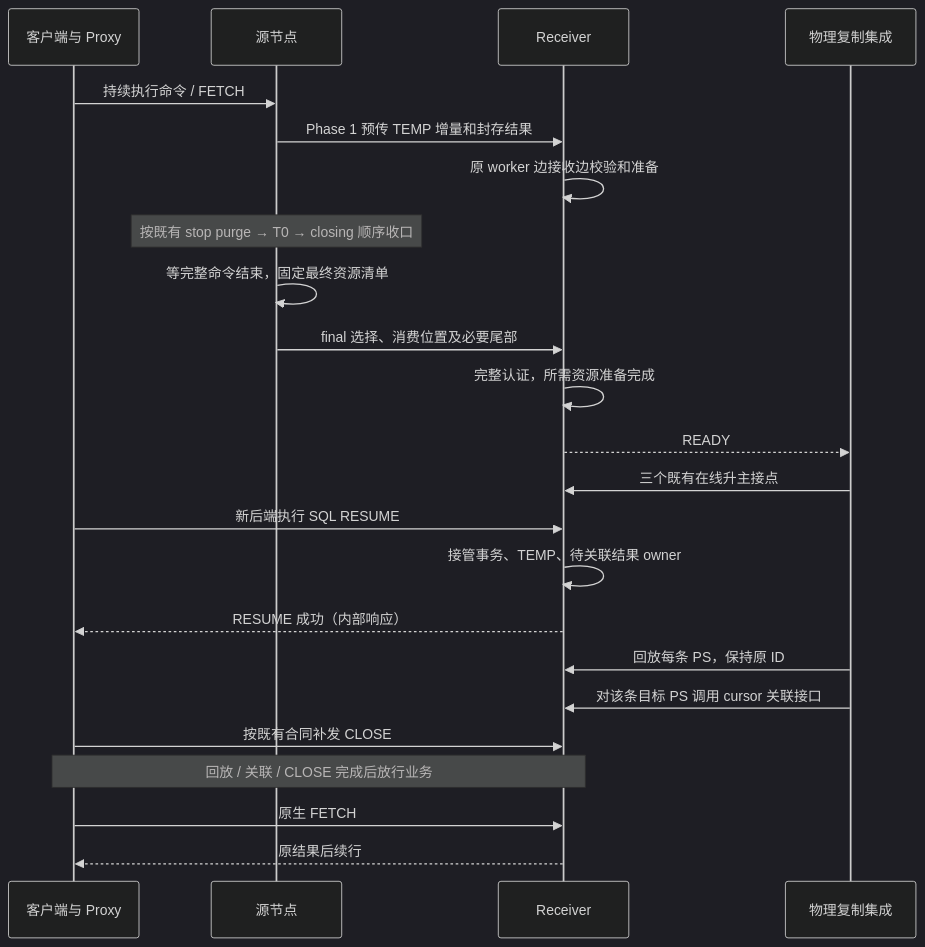
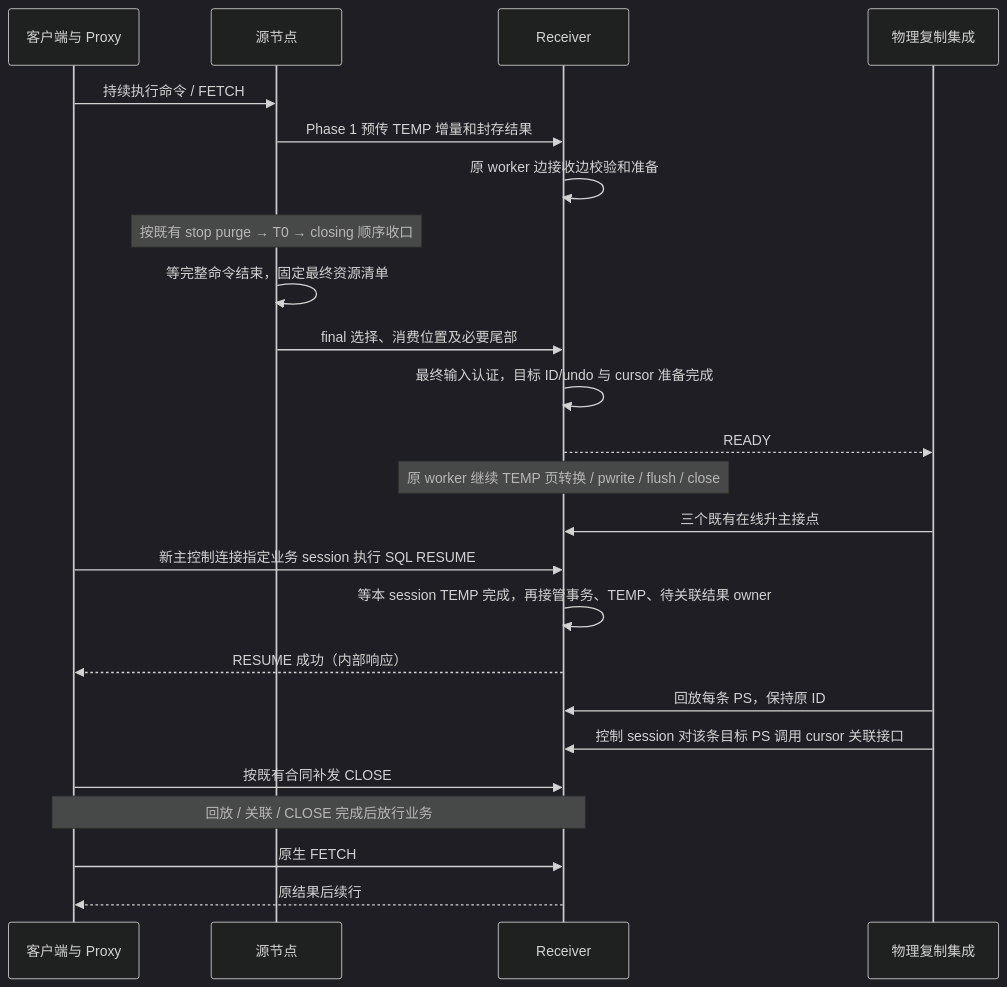
The first of 6 diagrams in design/workshops/temp-table-preserve/detailed-design.md (hongsediguo2025/mysql-server-learn), drawn with Mermaid (dark theme) before and after one commit. The commit also changed other lines of this file and 743 other files, not shown here.

````diff
--- a/design/workshops/temp-table-preserve/detailed-design.md
+++ b/design/workshops/temp-table-preserve/detailed-design.md
@@ -38,25 +53,26 @@
 ```mermaid
 sequenceDiagram
     participant C as 客户端与 Proxy
     participant S as 源节点
     participant R as Receiver
     participant H as 物理复制集成
     C->>S: 持续执行命令 / FETCH
     S->>R: Phase 1 预传 TEMP 增量和封存结果
     R->>R: 原 worker 边接收边校验和准备
     Note over S: 按既有 stop purge → T0 → closing 顺序收口
     S->>S: 等完整命令结束，固定最终资源清单
     S->>R: final 选择、消费位置及必要尾部
-    R->>R: 完整认证，所需资源准备完成
+    R->>R: 最终输入认证，目标 ID/undo 与 cursor 准备完成
     R-->>H: READY
+    Note over R: 原 worker 继续 TEMP 页转换 / pwrite / flush / close
     H->>R: 三个既有在线升主接点
-    C->>R: 新后端执行 SQL RESUME
-    R->>R: 接管事务、TEMP、待关联结果 owner
+    C->>R: 新主控制连接指定业务 session 执行 SQL RESUME
+    R->>R: 等本 session TEMP 完成，再接管事务、TEMP、待关联结果 owner
     R-->>C: RESUME 成功（内部响应）
     H->>R: 回放每条 PS，保持原 ID
-    H->>R: 对该条目标 PS 调用 cursor 关联接口
+    H->>R: 控制 session 对该条目标 PS 调用 cursor 关联接口
     C->>R: 按既有合同补发 CLOSE
     Note over C,R: 回放 / 关联 / CLOSE 完成后放行业务
     C->>R: 原生 FETCH
     R-->>C: 原结果后续行
 ```
````
